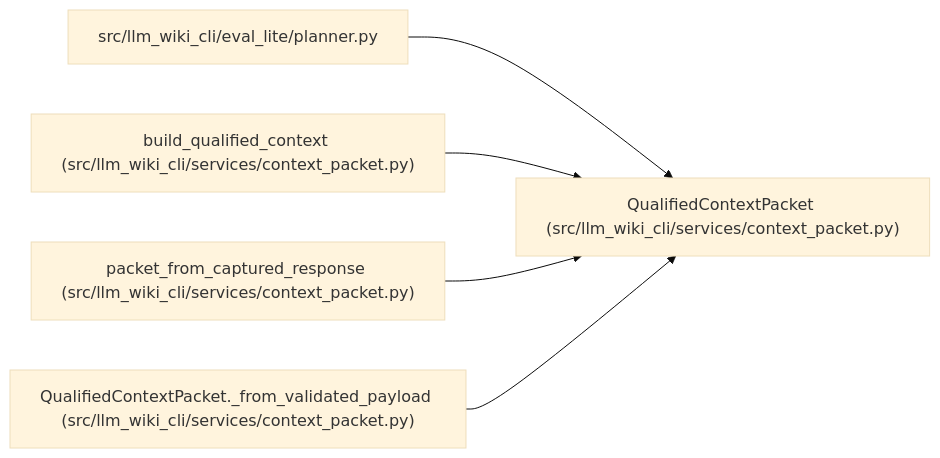
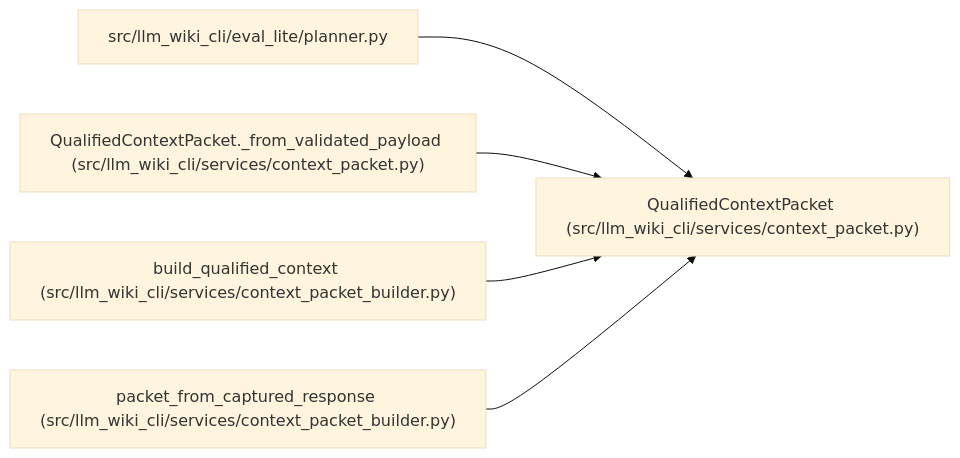
The diagram in docs/llm_wiki/entities/QualifiedContextPacket.md (Denissvgn/python-wiki-llm), drawn with Mermaid (base theme) before and after one commit. The commit also changed other lines of this file and 1555 other files, not shown here.

````diff
--- a/docs/llm_wiki/entities/QualifiedContextPacket.md
+++ b/docs/llm_wiki/entities/QualifiedContextPacket.md
@@ -34,17 +34,17 @@
 ```mermaid
 flowchart LR
     n0["QualifiedContextPacket (src/llm_wiki_cli/services/context_packet.py)"]
     n1["src/llm_wiki_cli/eval_lite/planner.py"]
-    n2["build_qualified_context (src/llm_wiki_cli/services/context_packet.py)"]
-    n3["packet_from_captured_response (src/llm_wiki_cli/services/context_packet.py)"]
-    n4["QualifiedContextPacket._from_validated_payload (src/llm_wiki_cli/services/context_packet.py)"]
+    n2["QualifiedContextPacket._from_validated_payload (src/llm_wiki_cli/services/context_packet.py)"]
+    n3["build_qualified_context (src/llm_wiki_cli/services/context_packet_builder.py)"]
+    n4["packet_from_captured_response (src/llm_wiki_cli/services/context_packet_builder.py)"]
     n1 --> n0
     n2 --> n0
     n3 --> n0
     n4 --> n0
     click n0 "../modules/context_packet.md"
     click n1 "../modules/planner.md"
     click n2 "../modules/context_packet.md"
-    click n3 "../modules/context_packet.md"
-    click n4 "../modules/context_packet.md"
+    click n3 "../modules/context_packet_builder.md"
+    click n4 "../modules/context_packet_builder.md"
 ```
````
